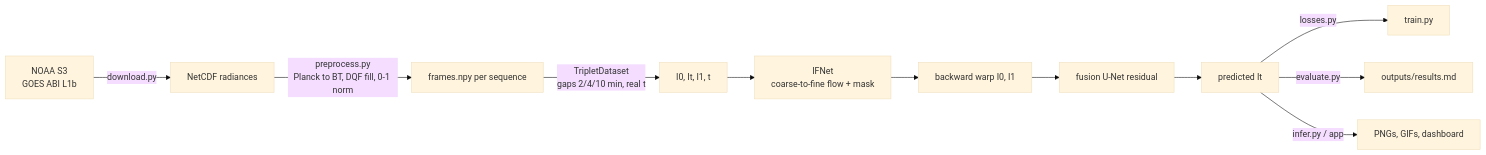
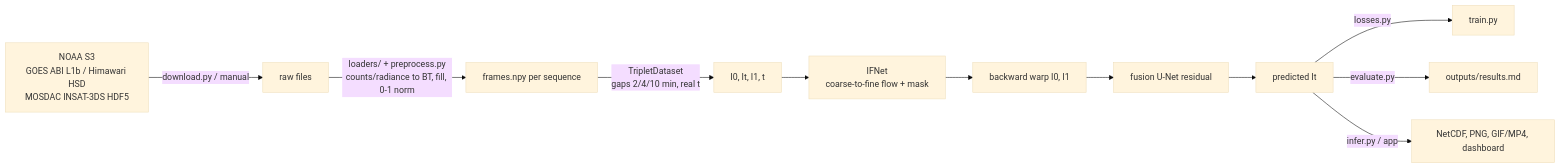
The diagram in README.md (riddheshmorankar53-crypto/satfin), drawn with Mermaid (base theme) before and after one commit. The commit also changed other lines of this file and 18 other files, not shown here.

First line of the commit message:
Himawari/INSAT loaders, sequence+tiled inference, NetCDF/MP4 output, eval figures, dashboard upload

````diff
--- a/README.md
+++ b/README.md
@@ -7,13 +8,13 @@
 ```mermaid
 flowchart LR
-  A[NOAA S3<br>GOES ABI L1b] -->|download.py| B[NetCDF radiances]
-  B -->|preprocess.py<br>Planck to BT, DQF fill, 0-1 norm| C[frames.npy per sequence]
+  A[NOAA S3<br>GOES ABI L1b / Himawari HSD<br>MOSDAC INSAT-3DS HDF5] -->|download.py / manual| B[raw files]
+  B -->|loaders/ + preprocess.py<br>counts/radiance to BT, fill, 0-1 norm| C[frames.npy per sequence]
   C -->|TripletDataset<br>gaps 2/4/10 min, real t| D[I0, It, I1, t]
   D --> E[IFNet<br>coarse-to-fine flow + mask]
   E --> F[backward warp I0, I1]
   F --> G[fusion U-Net residual]
   G --> H[predicted It]
   H -->|losses.py| I[train.py]
   H -->|evaluate.py| J[outputs/results.md]
-  H -->|infer.py / app| K[PNGs, GIFs, dashboard]
+  H -->|infer.py / app| K[NetCDF, PNG, GIF/MP4, dashboard]
 ```
````
